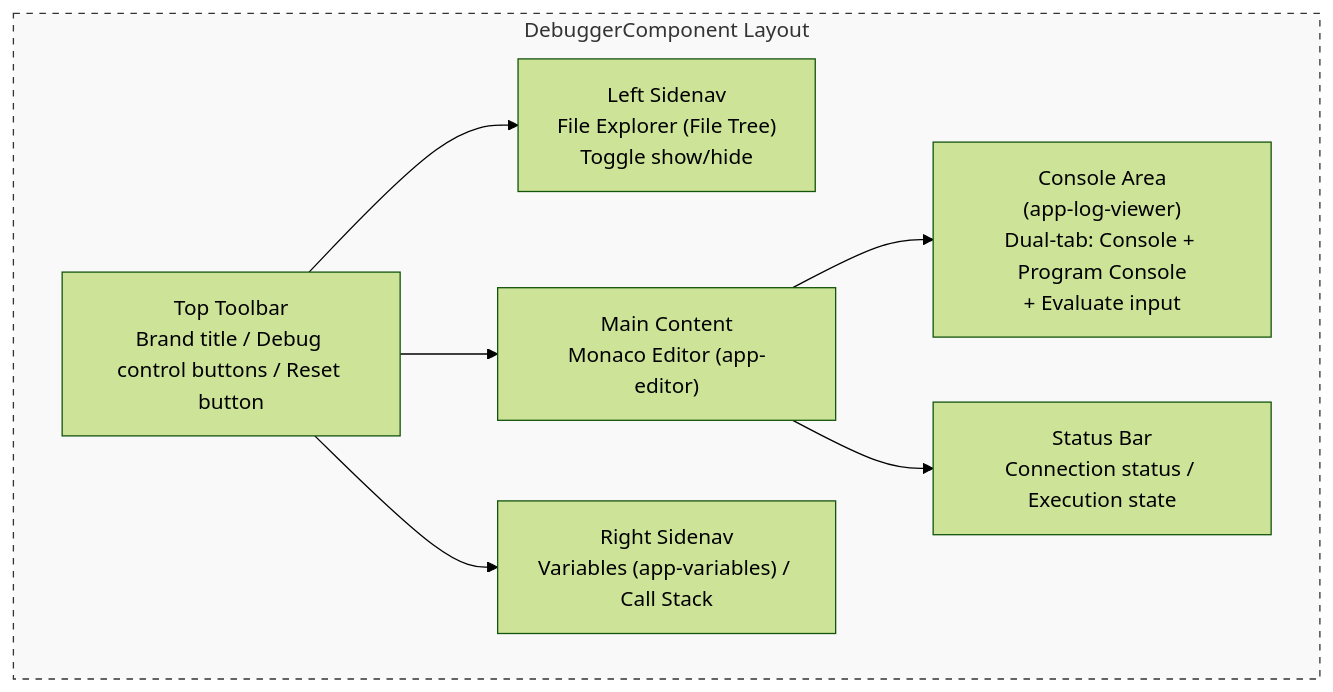
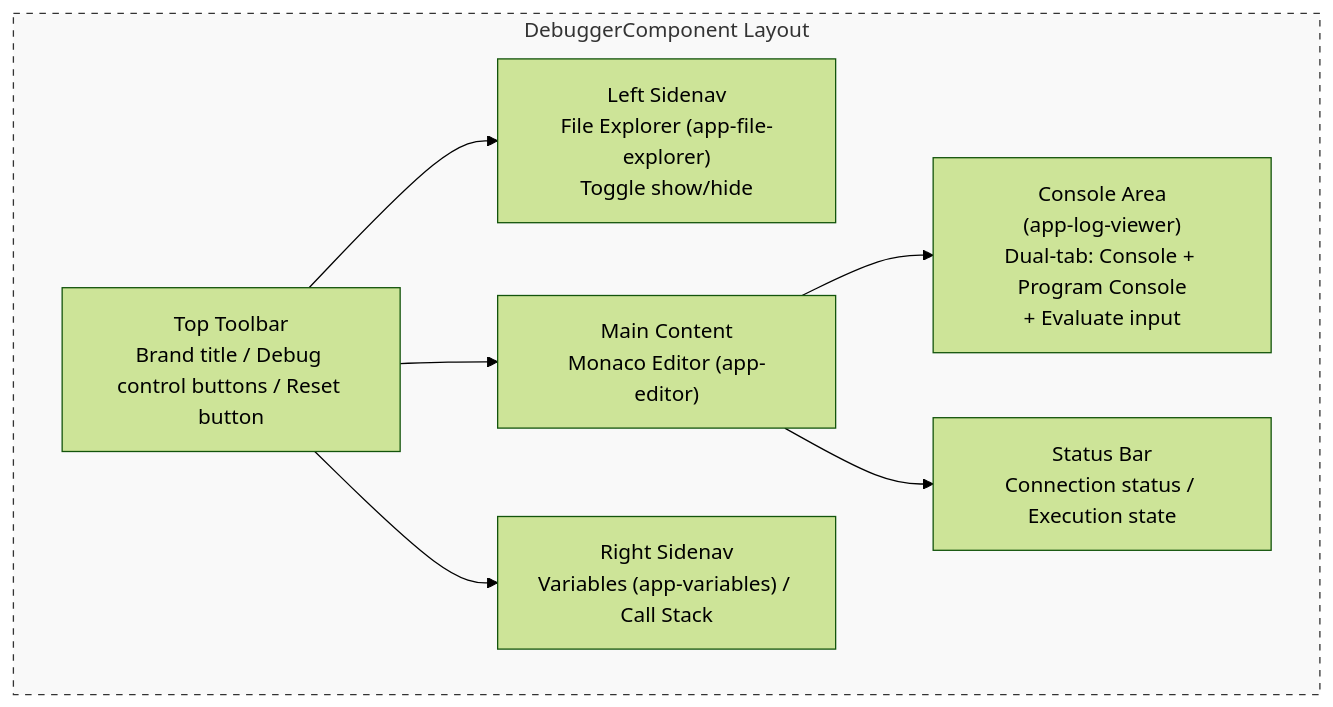
Before and after one commit to tangpo387-arch/taro-debugger: the fifth of 9 diagrams in docs/architecture.md, drawn with Mermaid (forest theme). The commit also changed other lines of this file and 11 other files, not shown here.

````diff
--- a/docs/architecture.md
+++ b/docs/architecture.md
@@ -239,19 +240,19 @@
 ```mermaid
 graph TD
     subgraph Layout ["DebuggerComponent Layout"]
         TB["Top Toolbar<br/>Brand title / Debug control buttons / Reset button"]
-        LS["Left Sidenav<br/>File Explorer (File Tree)<br/>Toggle show/hide"]
+        LS["Left Sidenav<br/>File Explorer (app-file-explorer)<br/>Toggle show/hide"]
         MC["Main Content<br/>Monaco Editor (app-editor)"]
         RS["Right Sidenav<br/>Variables (app-variables) / Call Stack"]
         LV["Console Area<br/>(app-log-viewer)<br/>Dual-tab: Console + Program Console<br/>+ Evaluate input"]
         SB["Status Bar<br/>Connection status / Execution state"]
     end
 
     TB --> LS
     TB --> MC
     TB --> RS
     MC --> LV
     MC --> SB
 
     style Layout fill:#f9f9f9,stroke:#333,stroke-dasharray: 5 5
 ```
````
